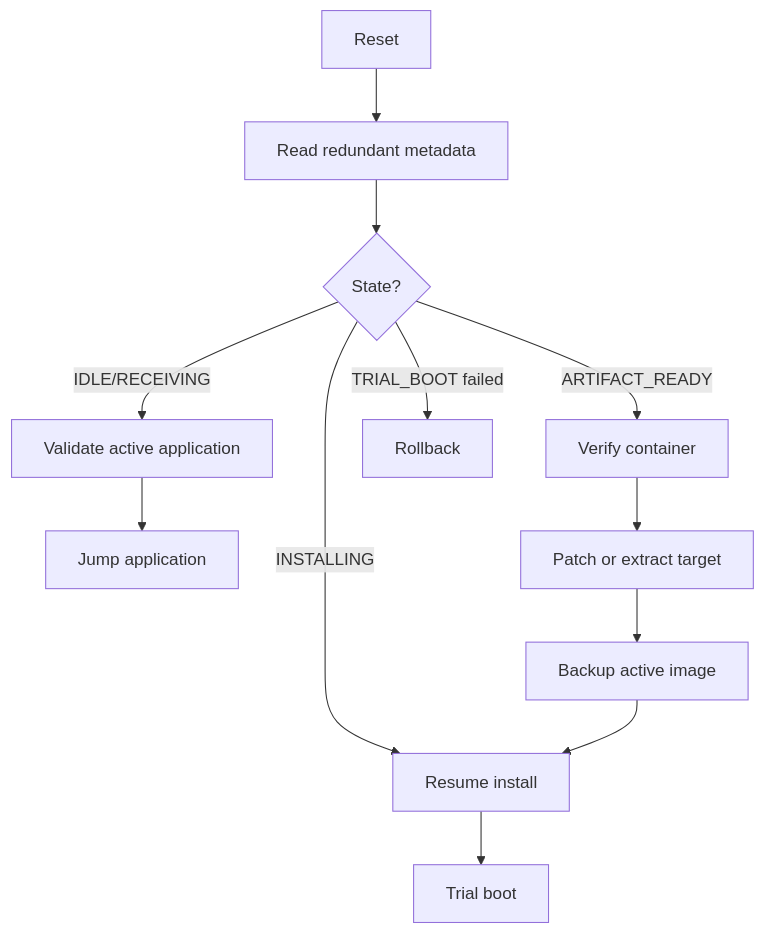
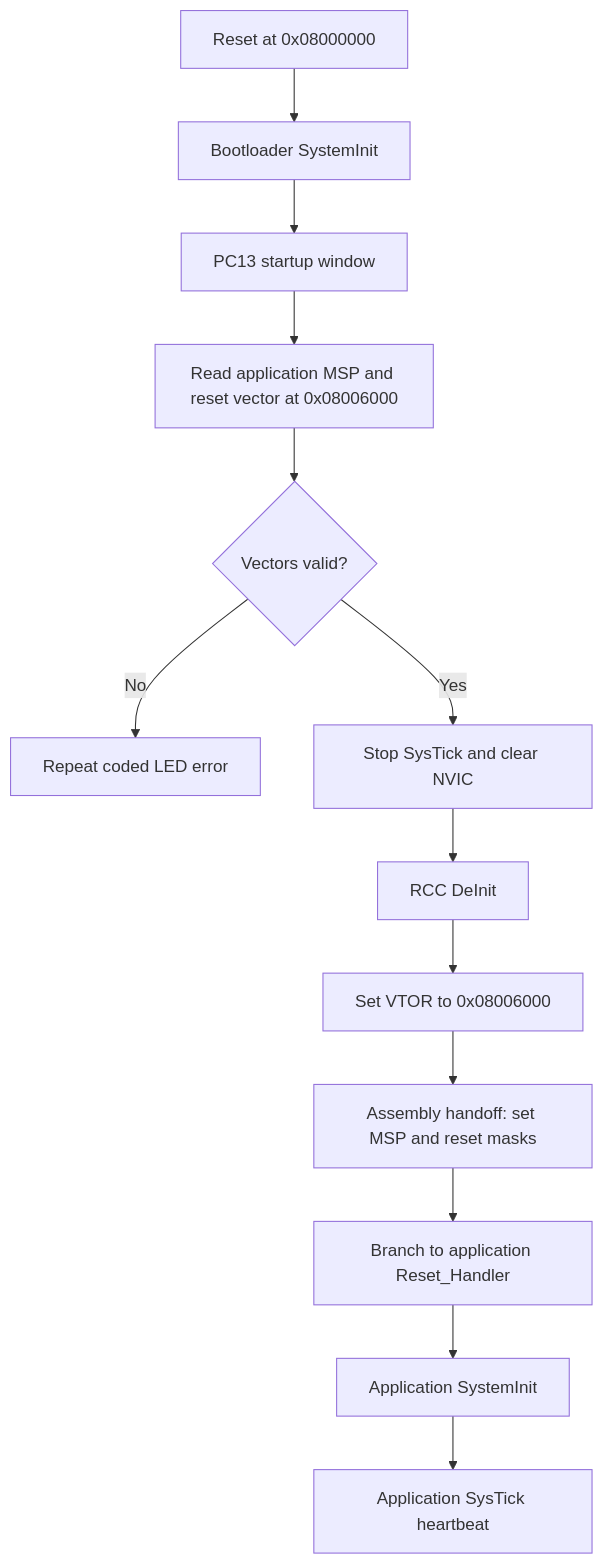
Before and after one commit to haikevins/secure-delta-ota-bootloader: the diagram in docs/diagrams/boot-flow.mmd, drawn with Mermaid. The commit also changed 28 other files, not shown here.

Commit message:
update: phase2-bootloader-jump-to-application

```diff
--- a/docs/diagrams/boot-flow.mmd
+++ b/docs/diagrams/boot-flow.mmd
@@ -1,12 +1,13 @@
 flowchart TD
-    R[Reset] --> M[Read redundant metadata]
-    M --> D{State?}
-    D -->|IDLE/RECEIVING| V[Validate active application]
-    D -->|ARTIFACT_READY| C[Verify container]
-    D -->|INSTALLING| I[Resume install]
-    D -->|TRIAL_BOOT failed| B[Rollback]
-    V --> J[Jump application]
-    C --> P[Patch or extract target]
-    P --> K[Backup active image]
-    K --> I
-    I --> T[Trial boot]
+    R[Reset at 0x08000000] --> C[Bootloader SystemInit]
+    C --> L[PC13 startup window]
+    L --> V[Read application MSP and reset vector at 0x08006000]
+    V --> Q{Vectors valid?}
+    Q -->|No| E[Repeat coded LED error]
+    Q -->|Yes| S[Stop SysTick and clear NVIC]
+    S --> D[RCC DeInit]
+    D --> T[Set VTOR to 0x08006000]
+    T --> H[Assembly handoff: set MSP and reset masks]
+    H --> A[Branch to application Reset_Handler]
+    A --> I[Application SystemInit]
+    I --> Y[Application SysTick heartbeat]
```
